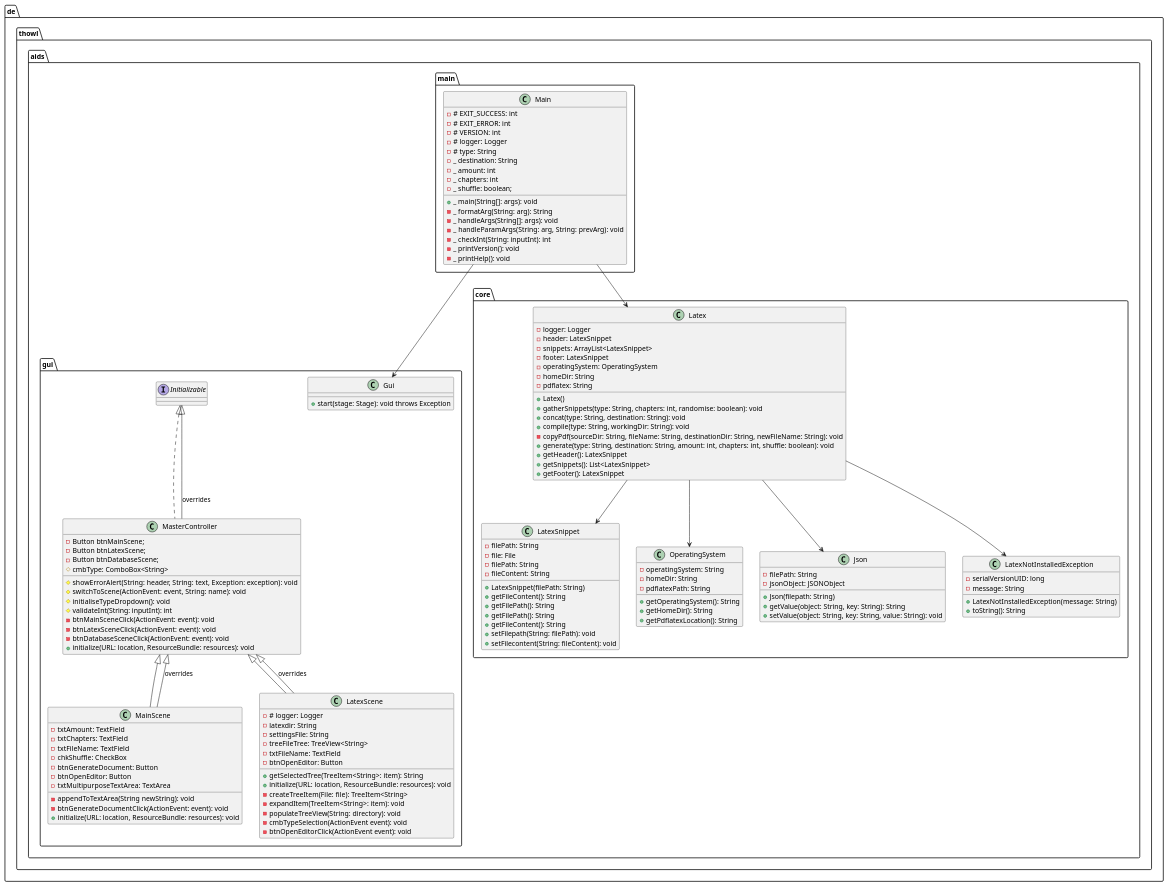
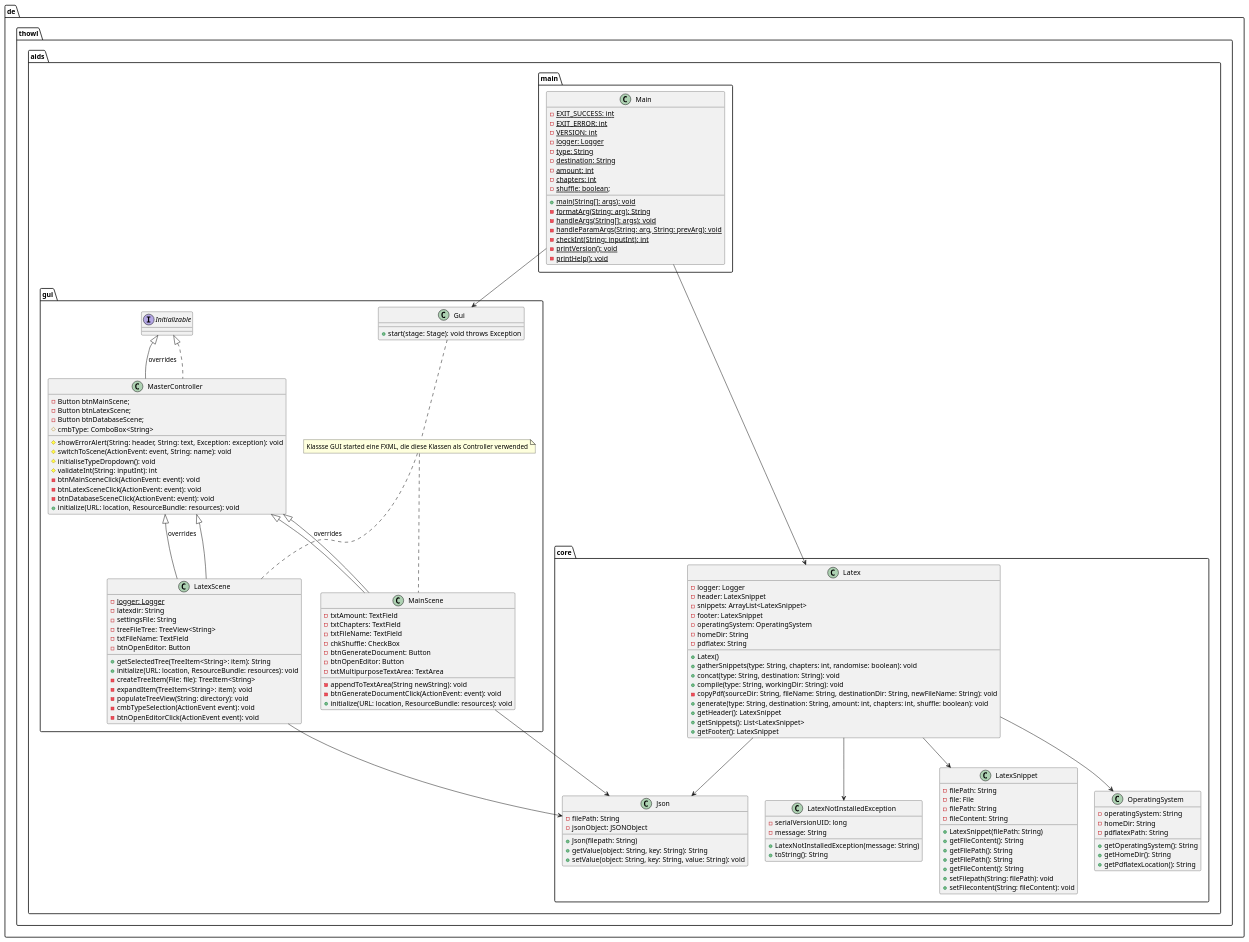
The diagram in docs/dev/technical_documentation/diagramm/aids.puml (j0giwa/autonomous-instant-documents), drawn with PlantUML before and after one commit. The commit also changed 2 other files, not shown here.

Commit message:
Updated uml

```diff
--- a/docs/dev/technical_documentation/diagramm/aids.puml
+++ b/docs/dev/technical_documentation/diagramm/aids.puml
@@ -1,150 +1,154 @@
 @startuml
+
+de.thowl.aids.main.Main --> de.thowl.aids.gui.Gui
+de.thowl.aids.main.Main --> de.thowl.aids.core.Latex
+de.thowl.aids.gui.MainScene --> de.thowl.aids.core.Json
+de.thowl.aids.gui.LatexScene --> de.thowl.aids.core.Json
 
 package de.thowl.aids.main {
     class Main {
-        -# EXIT_SUCCESS: int
-        -# EXIT_ERROR: int
-        -# VERSION: int
-        -# logger: Logger
-        -# type: String
-	    -_ destination: String
-	    -_ amount: int
-	    -_ chapters: int
-	    -_ shuffle: boolean;
-        +_ main(String[]: args): void
-        -_ formatArg(String: arg): String
-        -_ handleArgs(String[]: args): void
-        -_ handleParamArgs(String: arg, String: prevArg): void
-        -_ checkInt(String: inputInt): int
-        -_ printVersion(): void
-        -_ printHelp(): void
+        - {static} EXIT_SUCCESS: int
+        - {static} EXIT_ERROR: int
+        - {static} VERSION: int
+        - {static} logger: Logger
+        - {static} type: String
+	    - {static} destination: String
+	    - {static} amount: int
+	    - {static} chapters: int
+	    - {static} shuffle: boolean;
+        + {static} main(String[]: args): void
+        - {static} formatArg(String: arg): String
+        - {static} handleArgs(String[]: args): void
+        - {static} handleParamArgs(String: arg, String: prevArg): void
+        - {static} checkInt(String: inputInt): int
+        - {static} printVersion(): void
+        - {static} printHelp(): void
     }
 }
-
-de.thowl.aids.main.Main --> de.thowl.aids.gui.Gui
-de.thowl.aids.main.Main --> de.thowl.aids.core.Latex
 
 package de.thowl.aids.core {
     class Latex {
         - logger: Logger
         - header: LatexSnippet
         - snippets: ArrayList<LatexSnippet>
         - footer: LatexSnippet
         - operatingSystem: OperatingSystem
         - homeDir: String
         - pdflatex: String
         + Latex()
         + gatherSnippets(type: String, chapters: int, randomise: boolean): void
         + concat(type: String, destination: String): void
         + compile(type: String, workingDir: String): void
         - copyPdf(sourceDir: String, fileName: String, destinationDir: String, newFileName: String): void
         + generate(type: String, destination: String, amount: int, chapters: int, shuffle: boolean): void
         + getHeader(): LatexSnippet
         + getSnippets(): List<LatexSnippet>
         + getFooter(): LatexSnippet
     }
 
     Latex --> LatexSnippet
     Latex --> OperatingSystem
     Latex --> Json
     Latex --> LatexNotInstalledException
 
     class LatexSnippet {
         - filePath: String
         + LatexSnippet(filePath: String)
         + getFileContent(): String
         + getFilePath(): String
     }
 
     class OperatingSystem {
         - operatingSystem: String
 	    - homeDir: String
 	    - pdflatexPath: String
         + getOperatingSystem(): String
         + getHomeDir(): String
         + getPdflatexLocation(): String
     }
 
     class Json {
         - filePath: String
         - jsonObject: JSONObject
         + Json(filepath: String)
         + getValue(object: String, key: String): String
         + setValue(object: String, key: String, value: String): void
     }
 
     class LatexNotInstalledException {
         - serialVersionUID: long
         - message: String
         + LatexNotInstalledException(message: String)
         + toString(): String
     }
 
     class LatexSnippet {
         - file: File
 	    - filePath: String
 	    - fileContent: String
         + getFilePath(): String
         + getFileContent(): String
         + setFilepath(String: filePath): void
         + setFilecontent(String: fileContent): void
     }
 }
 
 package de.thowl.aids.gui{
     class Gui {
         + start(stage: Stage): void throws Exception
     }
 
+    note "Klassse GUI started eine FXML, die diese Klassen als Controller verwended" as N1
+    Gui .. N1
+    N1 .. MainScene
+    N1 .. LatexScene
+
     class MasterController implements Initializable{
         - Button btnMainScene;
 	    - Button btnLatexScene;
 	    - Button btnDatabaseScene;
         # cmbType: ComboBox<String>
         # showErrorAlert(String: header, String: text, Exception: exception): void
         # switchToScene(ActionEvent: event, String: name): void
         # initialiseTypeDropdown(): void
         # validateInt(String: inputInt): int
         - btnMainSceneClick(ActionEvent: event): void
         - btnLatexSceneClick(ActionEvent: event): void
         - btnDatabaseSceneClick(ActionEvent: event): void
         + initialize(URL: location, ResourceBundle: resources): void
     }
 
     class MainScene extends MasterController {
         - txtAmount: TextField
 	    - txtChapters: TextField
 	    - txtFileName: TextField
 	    - chkShuffle: CheckBox
 	    - btnGenerateDocument: Button
 	    - btnOpenEditor: Button
         - txtMultipurposeTextArea: TextArea
         - appendToTextArea(String newString): void
         - btnGenerateDocumentClick(ActionEvent: event): void
         + initialize(URL: location, ResourceBundle: resources): void
     }
 
     class LatexScene extends MasterController {
-        -# logger: Logger
+        - {static} logger: Logger
         - latexdir: String
 	    - settingsFile: String
         - treeFileTree: TreeView<String>
         - txtFileName: TextField
         - btnOpenEditor: Button
         + getSelectedTree(TreeItem<String>: item): String
         + initialize(URL: location, ResourceBundle: resources): void
         - createTreeItem(File: file): TreeItem<String>
         - expandItem(TreeItem<String>: item): void
         - populateTreeView(String: directory): void
         - cmbTypeSelection(ActionEvent event): void
         - btnOpenEditorClick(ActionEvent event): void 
     }
 
     Initializable <|-- MasterController : overrides
     MasterController <|-- MainScene : overrides
     MasterController <|-- LatexScene : overrides
 }
-
-
-
 @enduml
```
